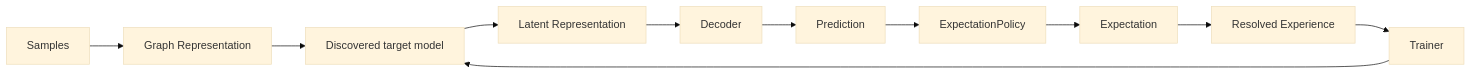
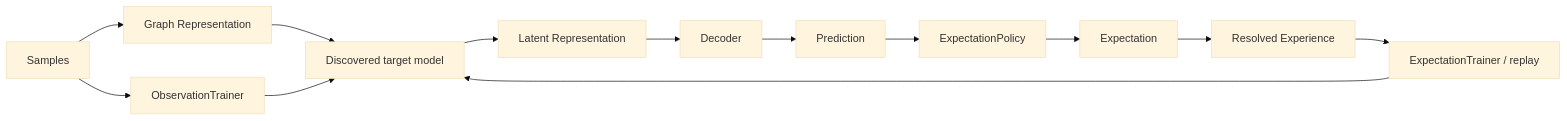
The sixth of 6 diagrams in docs/expectations.md (skasti/skyn-vaettr), drawn with Mermaid (base theme) before and after one commit. The commit also changed other lines of this file, not shown here.

Commit message:
Document observation-driven learning

````diff
--- a/docs/expectations.md
+++ b/docs/expectations.md
@@ -148,14 +135,16 @@
 ```mermaid
 flowchart LR
-    S[Samples]
-    --> R1[Graph Representation]
-    --> M[Discovered target model]
-    --> R2[Latent Representation]
-    --> D[Decoder]
-    --> P[Prediction]
-    --> EP[ExpectationPolicy]
-    --> E[Expectation]
-    --> X[Resolved Experience]
-    --> T[Trainer]
-    --> M
+    S[Samples] --> R1[Graph Representation]
+    R1 --> M[Discovered target model]
+    M --> R2[Latent Representation]
+    R2 --> D[Decoder]
+    D --> P[Prediction]
+    P --> EP[ExpectationPolicy]
+    EP --> E[Expectation]
+
+    S --> OT[ObservationTrainer]
+    OT --> M
+    E --> X[Resolved Experience]
+    X --> ET[ExpectationTrainer / replay]
+    ET --> M
 ```
````
